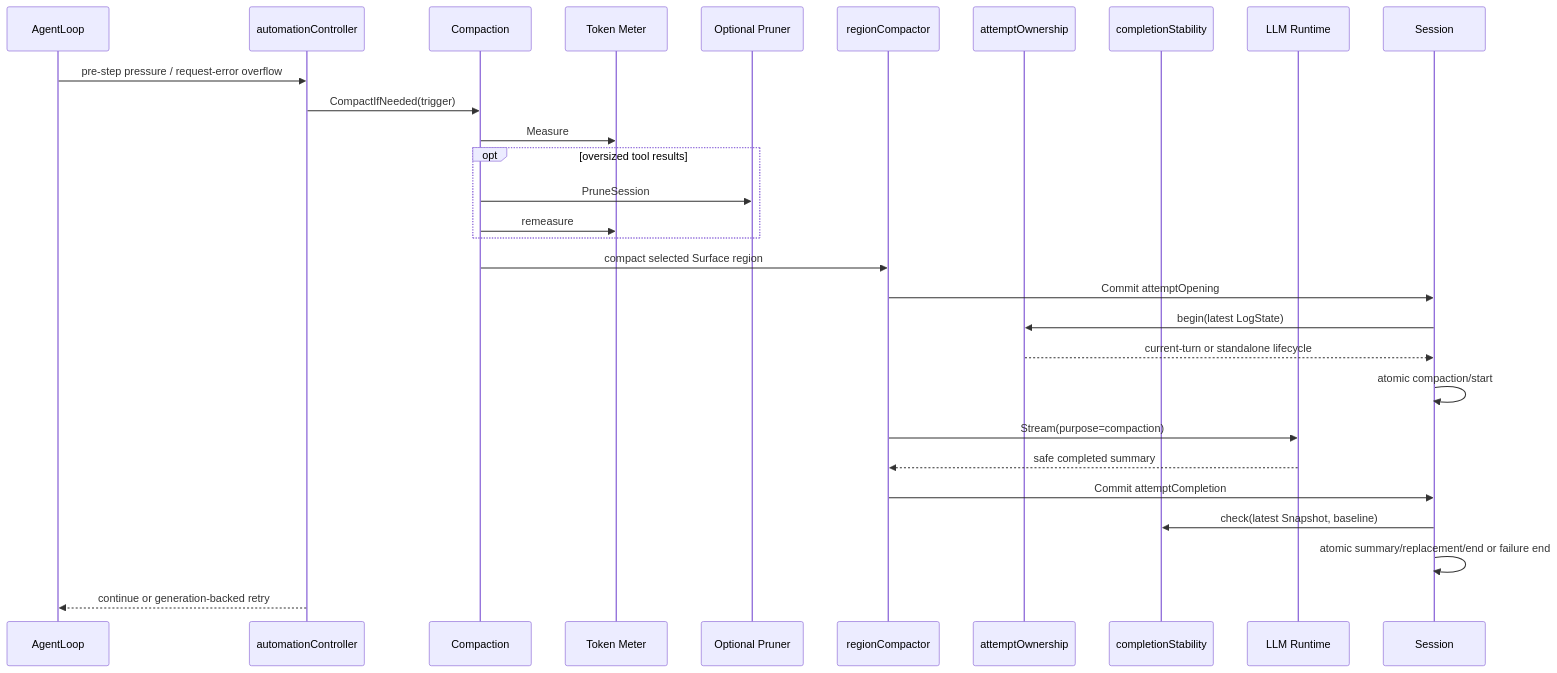
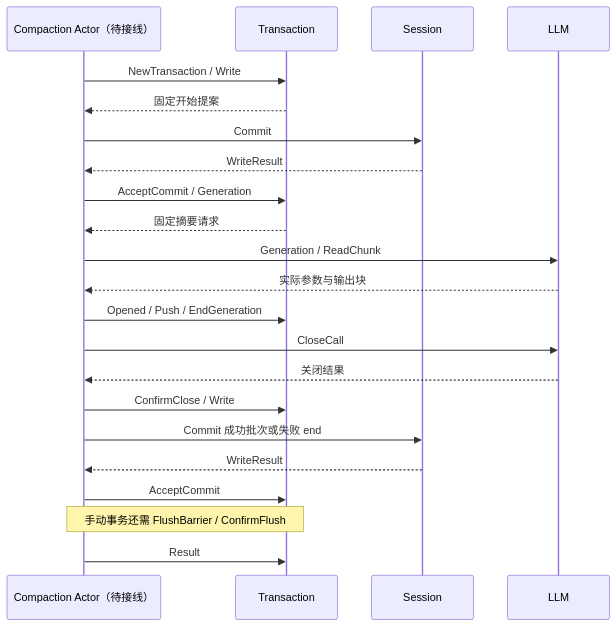
One commit to gorenx/goren changed the fifth of 6 diagrams in compaction/basic/README.zh-CN.md. Above: the diagram before and after it, drawn with Mermaid. The commit also changed other lines of this file and 6 other files, not shown here.

Commit message:
docs(actor): record compaction flows and cancellation boundaries

````diff
--- a/compaction/basic/README.zh-CN.md
+++ b/compaction/basic/README.zh-CN.md
@@ -37,32 +123,24 @@
 ```mermaid
 sequenceDiagram
-    participant L as AgentLoop
-    participant A as automationController
-    participant C as Compaction
-    participant M as Token Meter
-    participant P as Optional Pruner
-    participant R as regionCompactor
-    participant O as attemptOwnership
-    participant V as completionStability
-    participant LLM as LLM Runtime
-    participant S as Session
-
-    L->>A: pre-step pressure / request-error overflow
-    A->>C: CompactIfNeeded(trigger)
-    C->>M: Measure
-    opt oversized tool results
-        C->>P: PruneSession
-        C->>M: remeasure
-    end
-    C->>R: compact selected Surface region
-    R->>S: Commit attemptOpening
-    S->>O: begin(latest LogState)
-    O-->>S: current-turn or standalone lifecycle
-    S->>S: atomic compaction/start
-    R->>LLM: Stream(purpose=compaction)
-    LLM-->>R: safe completed summary
-    R->>S: Commit attemptCompletion
-    S->>V: check(latest Snapshot, baseline)
-    S->>S: atomic summary/replacement/end or failure end
-    A-->>L: continue or generation-backed retry
+ participant A as Compaction Actor（待接线）
+ participant T as Transaction
+ participant S as Session
+ participant L as LLM
+ A->>T: NewTransaction / Write
+ T-->>A: 固定开始提案
+ A->>S: Commit
+ S-->>A: WriteResult
+ A->>T: AcceptCommit / Generation
+ T-->>A: 固定摘要请求
+ A->>L: Generation / ReadChunk
+ L-->>A: 实际参数与输出块
+ A->>T: Opened / Push / EndGeneration
+ A->>L: CloseCall
+ L-->>A: 关闭结果
+ A->>T: ConfirmClose / Write
+ A->>S: Commit 成功批次或失败 end
+ S-->>A: WriteResult
+ A->>T: AcceptCommit
+ Note over A,T: 手动事务还需 FlushBarrier / ConfirmFlush
+ A->>T: Result
 ```
````
